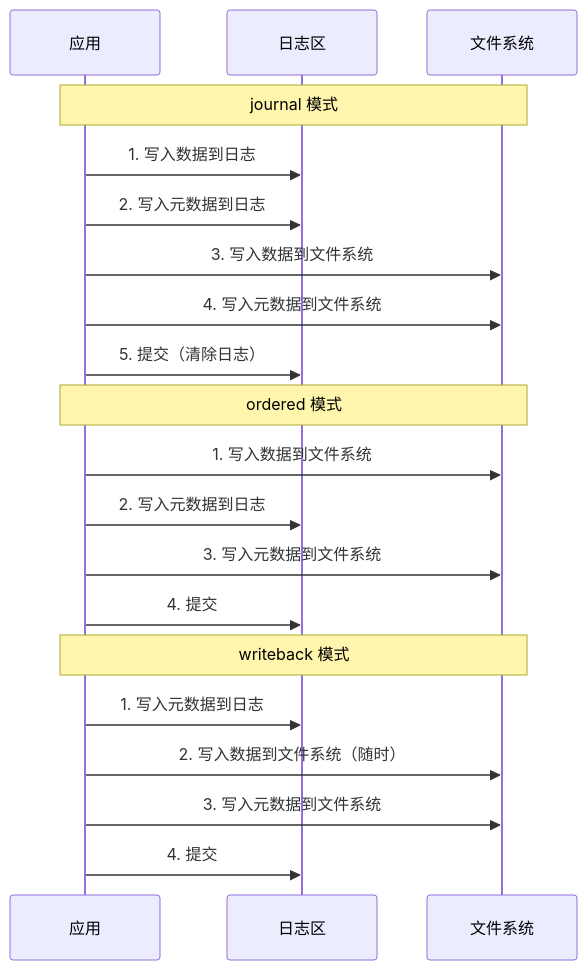
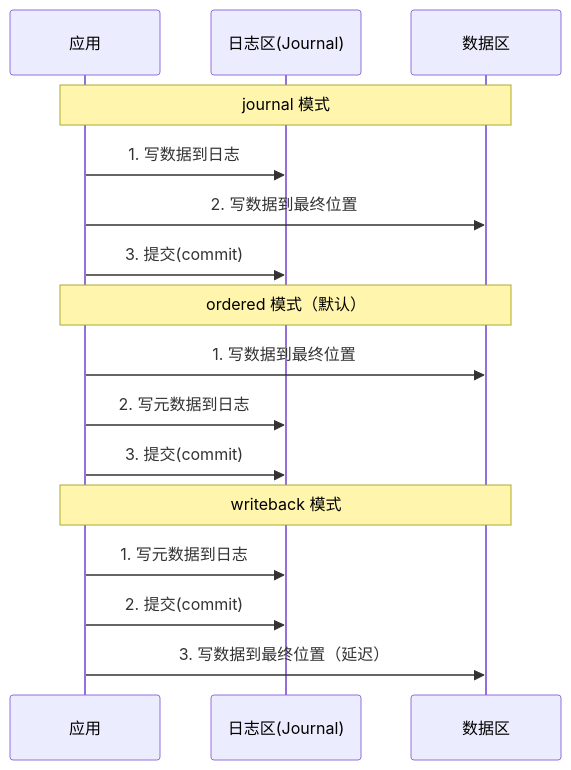
One commit to moklgydocs/moklgydocs.github.io changed the fifth of 13 diagrams in src/Linux/06_内核级/03_文件系统原理.md. Above: the diagram before and after it, drawn with Mermaid. The commit also changed other lines of this file and 14 other files, not shown here.

````diff
--- a/src/Linux/06_内核级/03_文件系统原理.md
+++ b/src/Linux/06_内核级/03_文件系统原理.md
@@ -394,25 +376,21 @@
 ```mermaid
 sequenceDiagram
     participant App as 应用
-    participant Log as 日志区
-    participant FS as 文件系统
+    participant J as 日志区(Journal)
+    participant D as 数据区
 
-    Note over App,FS: journal 模式
-    App->>Log: 1. 写入数据到日志
-    App->>Log: 2. 写入元数据到日志
-    App->>FS: 3. 写入数据到文件系统
-    App->>FS: 4. 写入元数据到文件系统
-    App->>Log: 5. 提交（清除日志）
+    Note over App,D: journal 模式
+    App->>J: 1. 写数据到日志
+    App->>D: 2. 写数据到最终位置
+    App->>J: 3. 提交(commit)
 
-    Note over App,FS: ordered 模式
-    App->>FS: 1. 写入数据到文件系统
-    App->>Log: 2. 写入元数据到日志
-    App->>FS: 3. 写入元数据到文件系统
-    App->>Log: 4. 提交
+    Note over App,D: ordered 模式（默认）
+    App->>D: 1. 写数据到最终位置
+    App->>J: 2. 写元数据到日志
+    App->>J: 3. 提交(commit)
 
-    Note over App,FS: writeback 模式
-    App->>Log: 1. 写入元数据到日志
-    App->>FS: 2. 写入数据到文件系统（随时）
-    App->>FS: 3. 写入元数据到文件系统
-    App->>Log: 4. 提交
+    Note over App,D: writeback 模式
+    App->>J: 1. 写元数据到日志
+    App->>J: 2. 提交(commit)
+    App->>D: 3. 写数据到最终位置（延迟）
 ```
````
